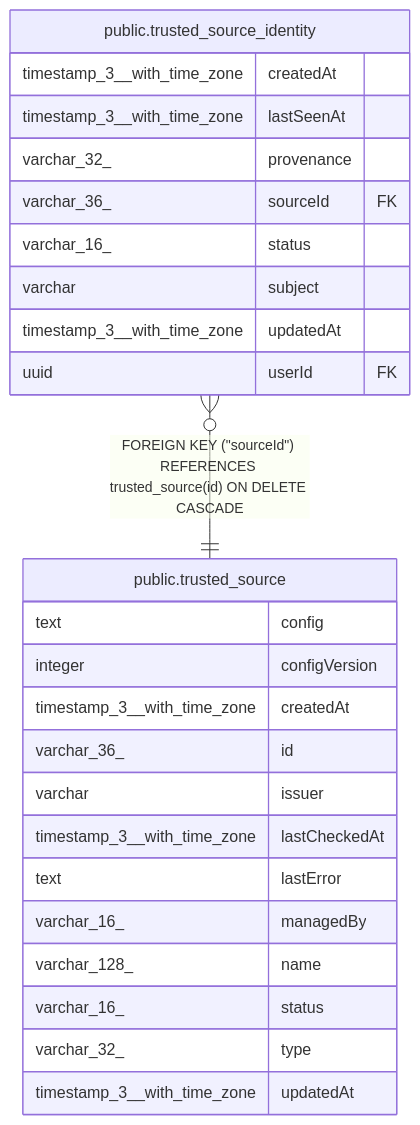
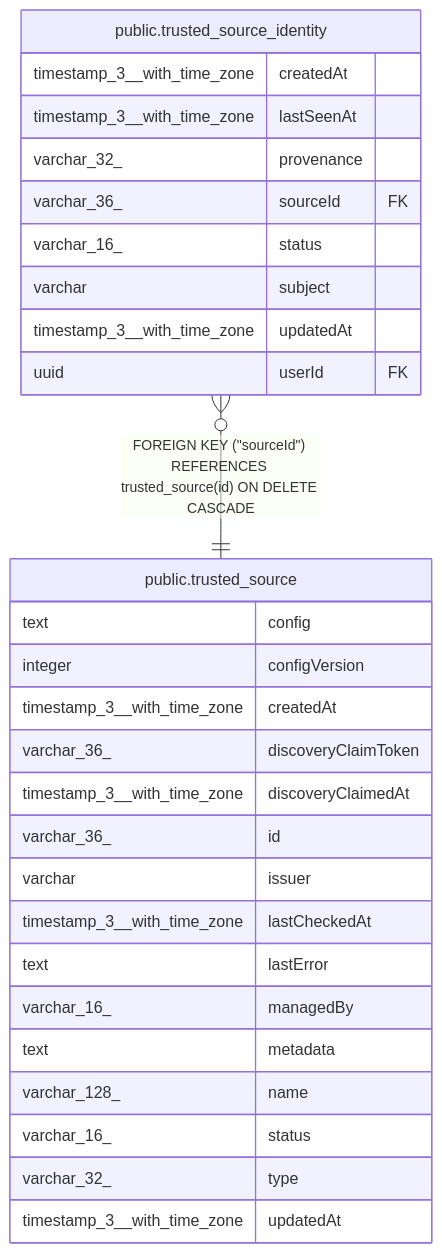
The diagram in docs/generated/postgres-schema/public.trusted_source.md (sreent/n8n), drawn with Mermaid before and after one commit. The commit also changed other lines of this file and 7993 other files, not shown here.

````diff
--- a/docs/generated/postgres-schema/public.trusted_source.md
+++ b/docs/generated/postgres-schema/public.trusted_source.md
@@ -46,30 +49,33 @@
 ```mermaid
 erDiagram
 
 "public.trusted_source_identity" }o--|| "public.trusted_source" : "FOREIGN KEY (#quot;sourceId#quot;) REFERENCES trusted_source(id) ON DELETE CASCADE"
 
 "public.trusted_source" {
   text config
   integer configVersion
   timestamp_3__with_time_zone createdAt
+  varchar_36_ discoveryClaimToken
+  timestamp_3__with_time_zone discoveryClaimedAt
   varchar_36_ id
   varchar issuer
   timestamp_3__with_time_zone lastCheckedAt
   text lastError
   varchar_16_ managedBy
+  text metadata
   varchar_128_ name
   varchar_16_ status
   varchar_32_ type
   timestamp_3__with_time_zone updatedAt
 }
 "public.trusted_source_identity" {
   timestamp_3__with_time_zone createdAt
   timestamp_3__with_time_zone lastSeenAt
   varchar_32_ provenance
   varchar_36_ sourceId FK
   varchar_16_ status
   varchar subject
   timestamp_3__with_time_zone updatedAt
   uuid userId FK
 }
 ```
````
